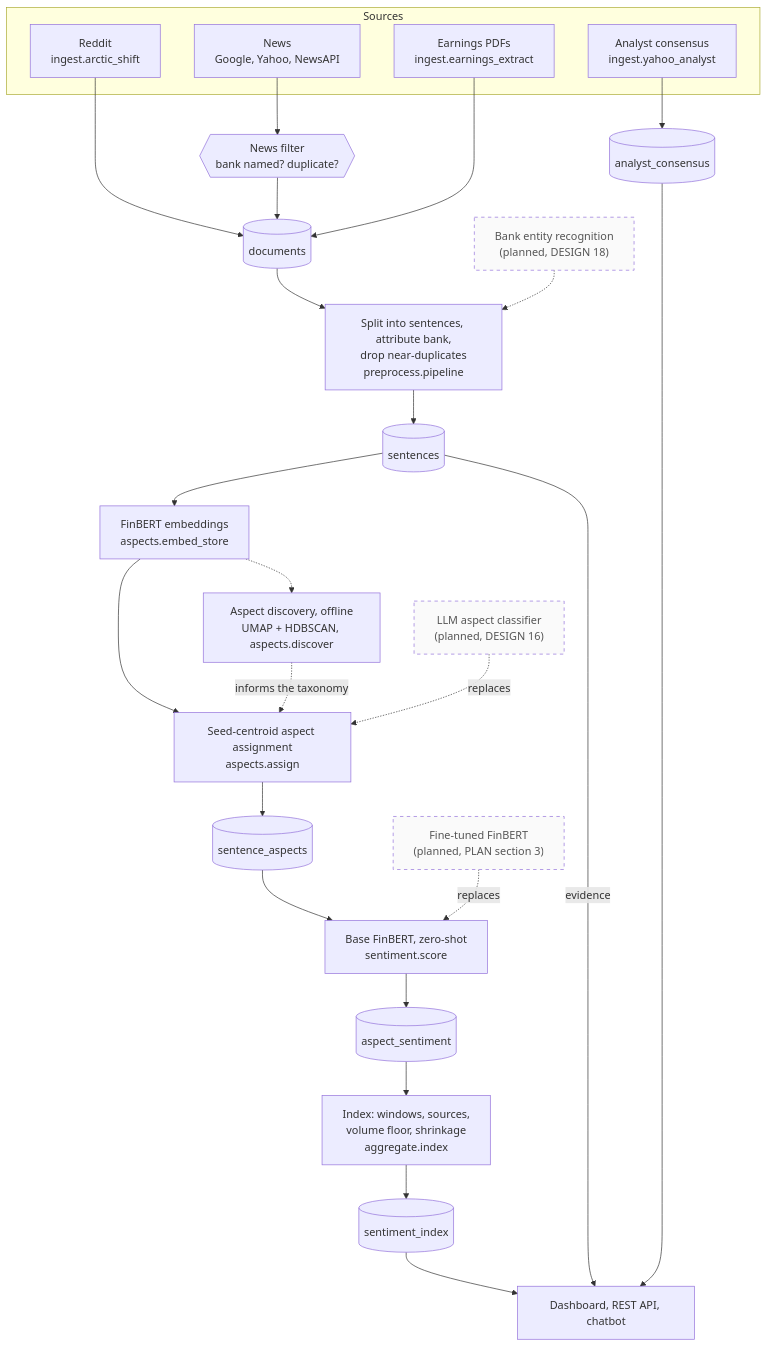
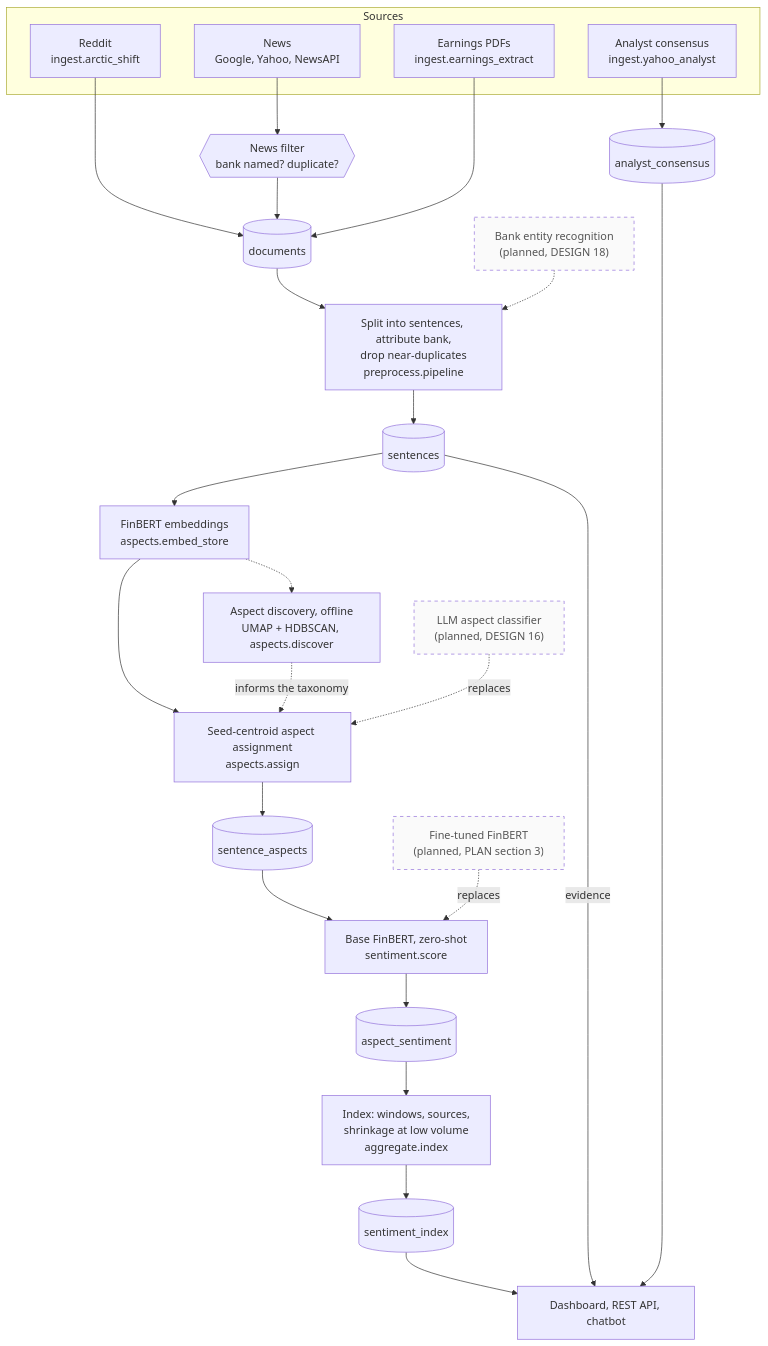
The diagram in docs/diagrams/src/04-pipeline.mmd (Gavingyh/plp-project), drawn with Mermaid before and after one commit. The commit also changed 11 other files, not shown here.

First line of the commit message:
Add news-filter and index-computation diagrams

```diff
--- a/docs/diagrams/src/04-pipeline.mmd
+++ b/docs/diagrams/src/04-pipeline.mmd
@@ -1,48 +1,48 @@
 flowchart TB
   accTitle: Processing pipeline
   accDescr: Sources are ingested into documents, split into sentences, embedded, tagged with aspects, scored and aggregated into an index that the dashboard, API and chatbot read. Planned replacements are dashed.
 
   subgraph src["Sources"]
     reddit["Reddit<br/>ingest.arctic_shift"]
     news["News<br/>Google, Yahoo, NewsAPI"]
     pdfs["Earnings PDFs<br/>ingest.earnings_extract"]
     cons["Analyst consensus<br/>ingest.yahoo_analyst"]
   end
 
   filt{{"News filter<br/>bank named? duplicate?"}}
   docs[("documents")]
   acons[("analyst_consensus")]
   prep["Split into sentences, attribute bank,<br/>drop near-duplicates<br/>preprocess.pipeline"]
   ner["Bank entity recognition<br/>(planned, DESIGN 18)"]
   sents[("sentences")]
   emb["FinBERT embeddings<br/>aspects.embed_store"]
   disc["Aspect discovery, offline<br/>UMAP + HDBSCAN, aspects.discover"]
   assign["Seed-centroid aspect assignment<br/>aspects.assign"]
   llm["LLM aspect classifier<br/>(planned, DESIGN 16)"]
   sa[("sentence_aspects")]
   score["Base FinBERT, zero-shot<br/>sentiment.score"]
   ft["Fine-tuned FinBERT<br/>(planned, PLAN section 3)"]
   as[("aspect_sentiment")]
-  agg["Index: windows, sources,<br/>volume floor, shrinkage<br/>aggregate.index"]
+  agg["Index: windows, sources,<br/>shrinkage at low volume<br/>aggregate.index"]
   idx[("sentiment_index")]
   ui["Dashboard, REST API, chatbot"]
 
   reddit --> docs
   news --> filt --> docs
   pdfs --> docs
   cons --> acons
   docs --> prep --> sents
   ner -.-> prep
   sents --> emb --> assign --> sa
   emb -.-> disc
   disc -. "informs the taxonomy" .-> assign
   llm -. "replaces" .-> assign
   sa --> score --> as
   ft -. "replaces" .-> score
   as --> agg --> idx
   idx --> ui
   sents -- "evidence" --> ui
   acons --> ui
 
   classDef planned stroke-dasharray: 5 5,color:#555,fill:#fafafa;
   class ner,llm,ft planned;
```
